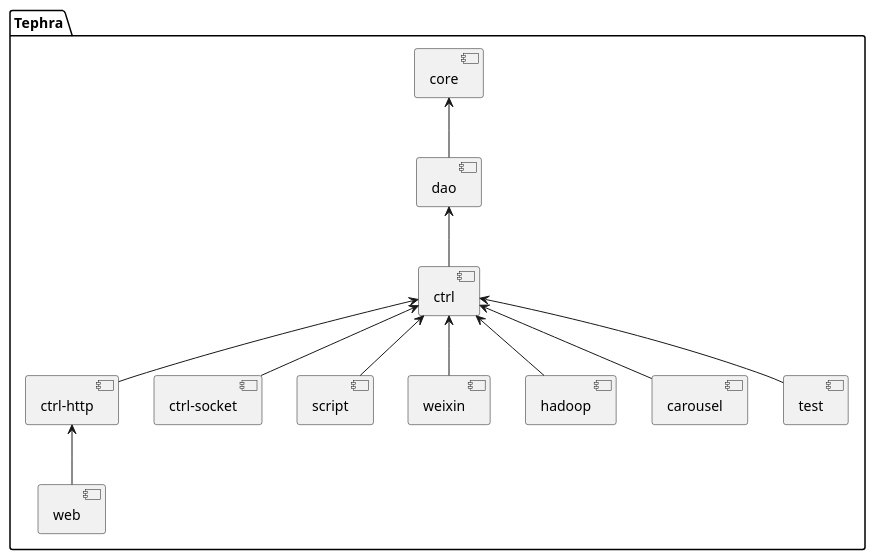
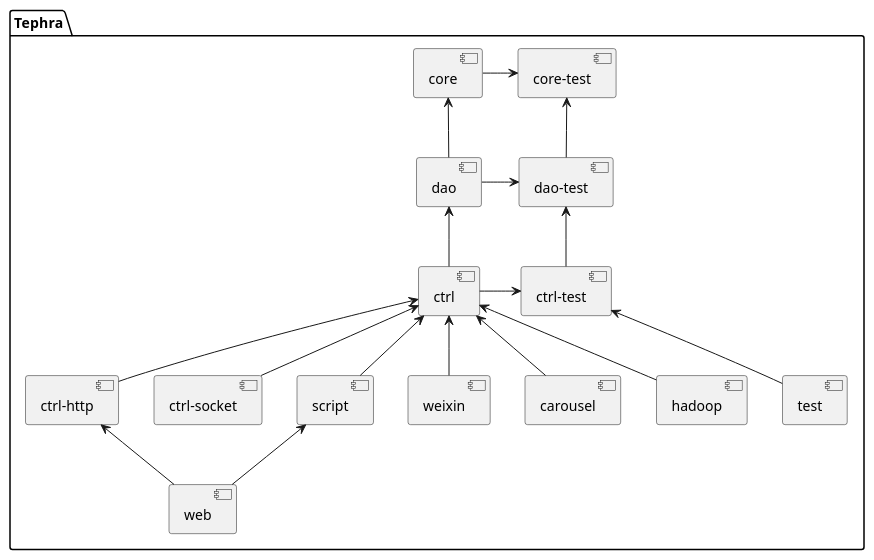
One commit to wangscript007/tephra changed the diagram in doc/uml/front/first/module.puml. Above: the diagram before and after it, drawn with PlantUML. The commit also changed 21 other files, not shown here.

```diff
--- a/doc/uml/front/first/module.puml
+++ b/doc/uml/front/first/module.puml
@@ -1,17 +1,23 @@
 @startuml
 
 package Tephra {
-[core]
 [core] <-- [dao]
 [dao] <-- [ctrl]
 [ctrl] <-- [ctrl-http]
 [ctrl] <-- [ctrl-socket]
 [ctrl] <-- [script]
 [ctrl] <-- [weixin]
+[ctrl] <-- [carousel]
 [ctrl] <-- [hadoop]
-[ctrl] <-- [carousel]
+[script] <-- [web]
 [ctrl-http] <-- [web]
-[ctrl] <-- [test]
+
+[core-test] <-l- [core]
+[dao-test] <-l- [dao]
+[core-test] <-- [dao-test]
+[ctrl-test] <-l- [ctrl]
+[dao-test] <-- [ctrl-test]
+[ctrl-test] <-- [test]
 }
 
 @enduml
```
